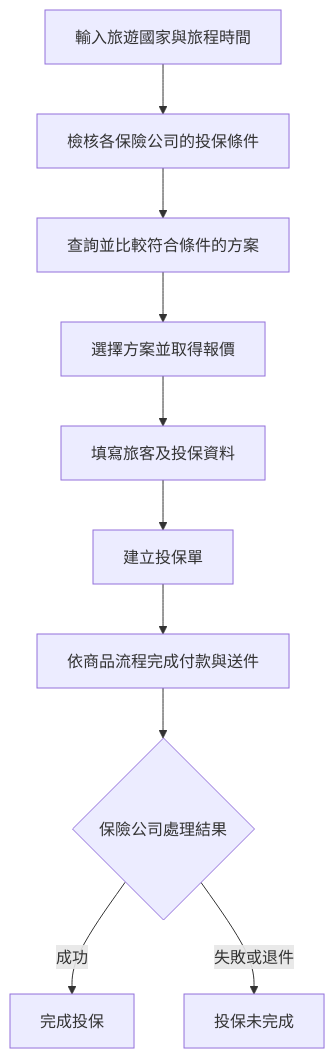
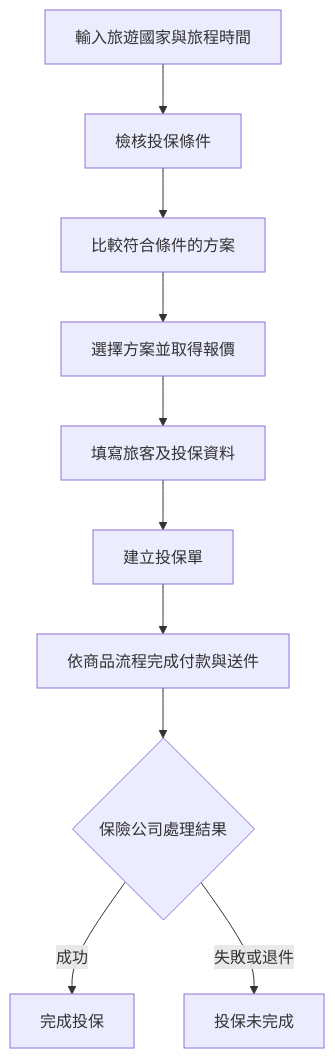
Before and after one commit to highhao/insurance-saas-platform: the second of 3 diagrams in README.md, drawn with Mermaid. The commit also changed other lines of this file and 1 other file, not shown here.

Commit message:
Improve portfolio layout and diagram readability

````diff
--- a/README.md
+++ b/README.md
@@ -35,12 +35,12 @@
 ```mermaid
 flowchart TB
-    A[輸入旅遊國家與旅程時間] --> B[檢核各保險公司的投保條件]
-    B --> C[查詢並比較符合條件的方案]
+    A[輸入旅遊國家與旅程時間] --> B[檢核投保條件]
+    B --> C[比較符合條件的方案]
     C --> D[選擇方案並取得報價]
     D --> E[填寫旅客及投保資料]
     E --> F[建立投保單]
     F --> G[依商品流程完成付款與送件]
     G --> H{保險公司處理結果}
     H -->|成功| I[完成投保]
     H -->|失敗或退件| J[投保未完成]
 ```
````
